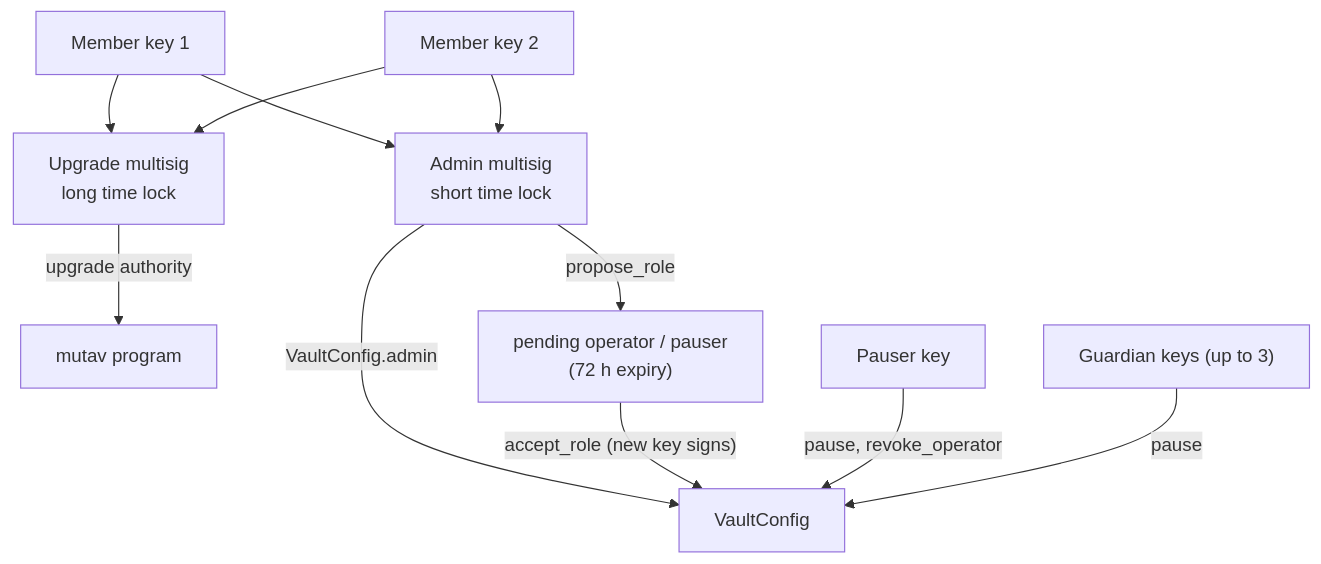
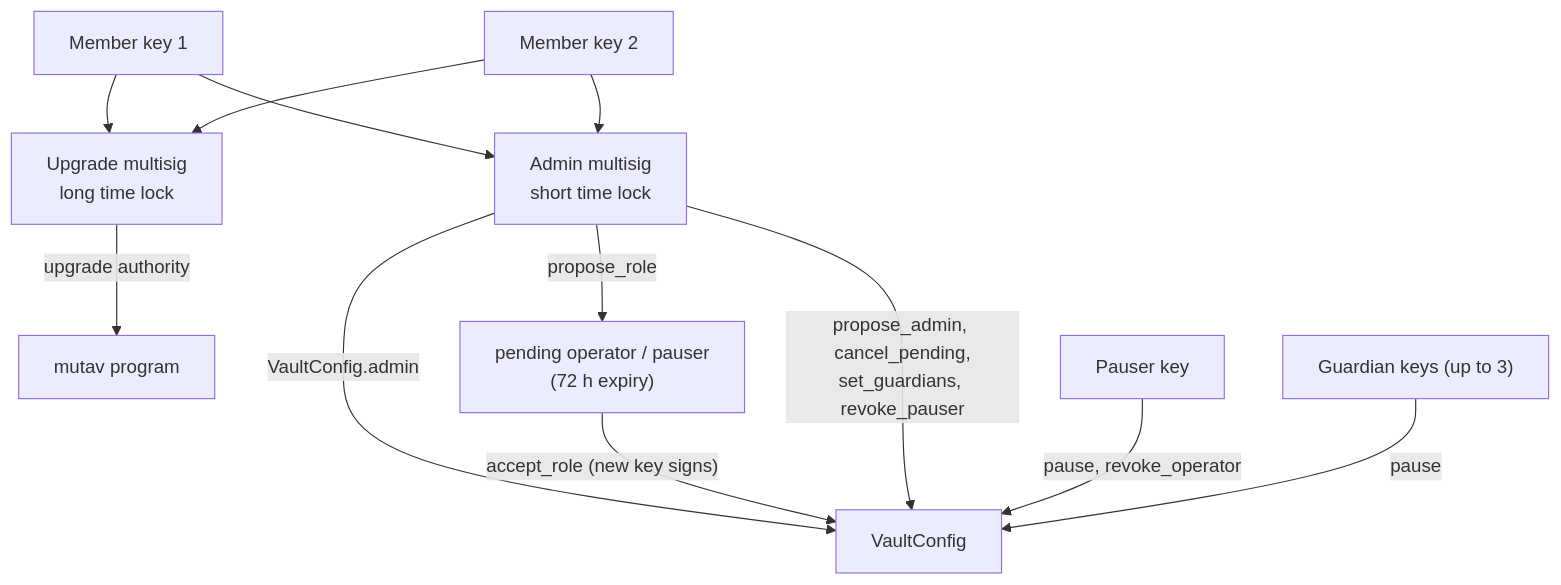
Before and after one commit to mutav-finance/mutav-protocol-solana: the diagram in docs/security/governance-and-keys.md, drawn with Mermaid. The commit also changed other lines of this file and 12 other files, not shown here.

First line of the commit message:
docs: align architecture and security pages with main

````diff
--- a/docs/security/governance-and-keys.md
+++ b/docs/security/governance-and-keys.md
@@ -46,11 +46,12 @@
 ```mermaid
 flowchart TB
     M1["Member key 1"] & M2["Member key 2"] --> AM["Admin multisig<br/>short time lock"]
     M1 & M2 --> UM["Upgrade multisig<br/>long time lock"]
     AM -->|"VaultConfig.admin"| CFG["VaultConfig"]
     UM -->|"upgrade authority"| PRG["mutav program"]
     AM -->|"propose_role"| PEND["pending operator / pauser<br/>(72 h expiry)"]
     PEND -->|"accept_role (new key signs)"| CFG
+    AM -->|"propose_admin, cancel_pending,<br/>set_guardians, revoke_pauser"| CFG
     PK["Pauser key"] -->|"pause, revoke_operator"| CFG
     GK["Guardian keys (up to 3)"] -->|"pause"| CFG
 ```
````
